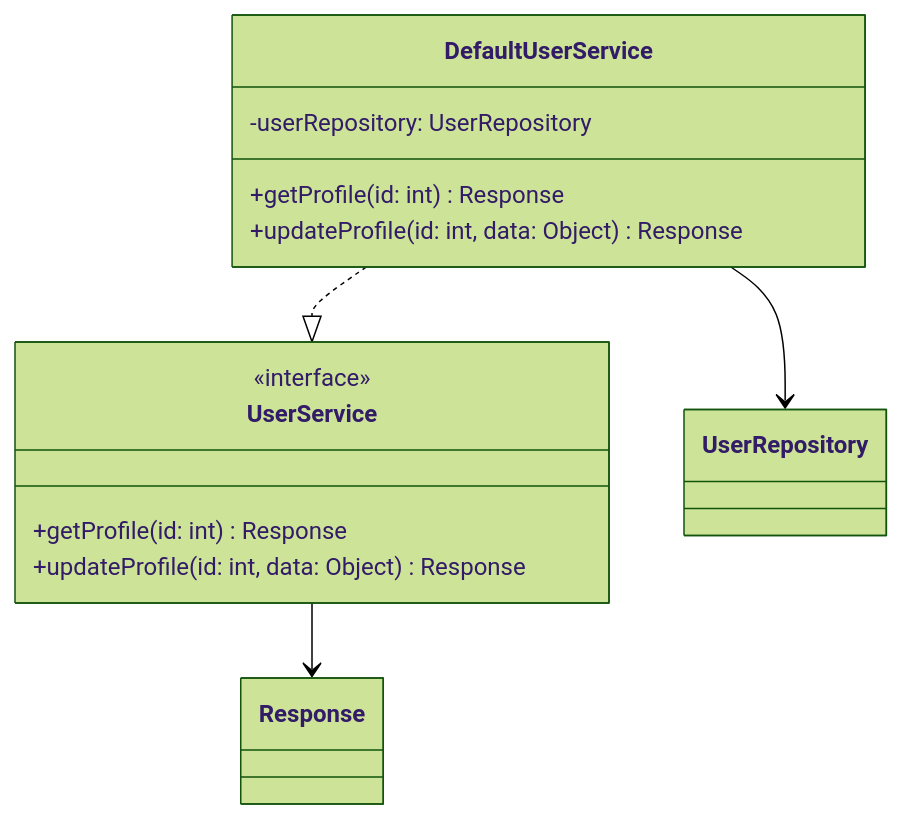
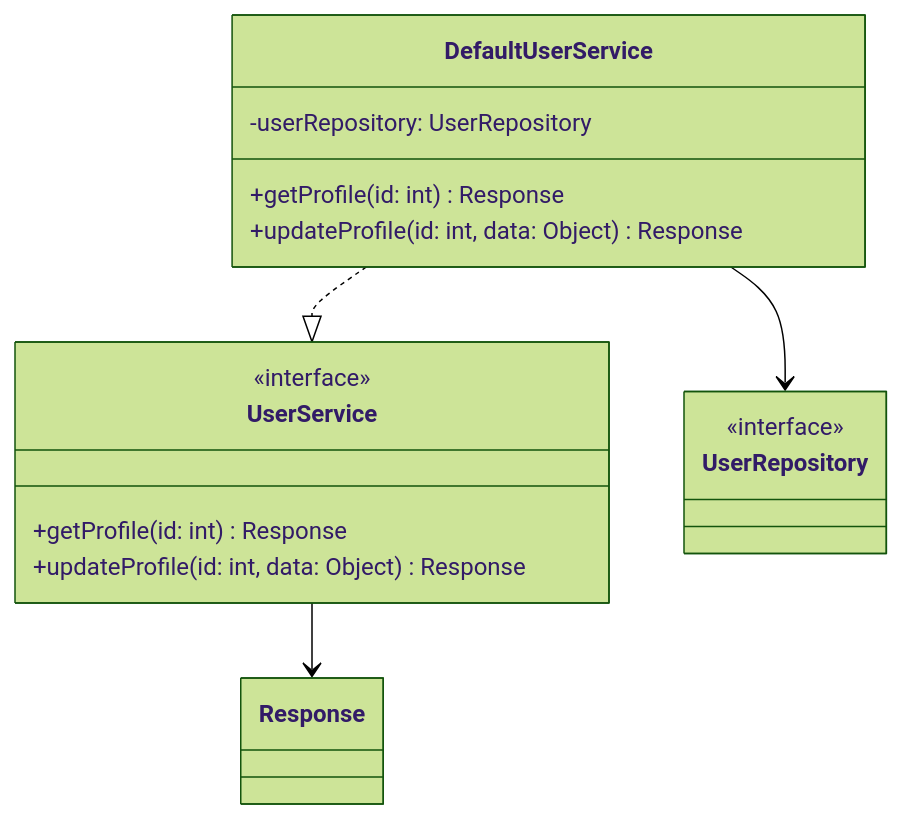
Before and after one commit to mb4dev/progetto-prova: the second of 7 diagrams in documentazione/UC02.md, drawn with Mermaid (forest theme). The commit also changed other lines of this file and 12 other files, not shown here.

````diff
--- a/documentazione/UC02.md
+++ b/documentazione/UC02.md
@@ -43,19 +42,22 @@
 ```mermaid 
 classDiagram
 
 class UserService {
     <<interface>>
     +getProfile(id: int) Response
     +updateProfile(id: int, data: Object) Response
 }
 
 class DefaultUserService {
     -userRepository: UserRepository
     +getProfile(id: int) Response
     +updateProfile(id: int, data: Object) Response
 }
+class UserRepository {
+    <<interface>>
+}
 
 DefaultUserService ..|> UserService
 DefaultUserService --> UserRepository
 UserService --> Response
 ```
````
